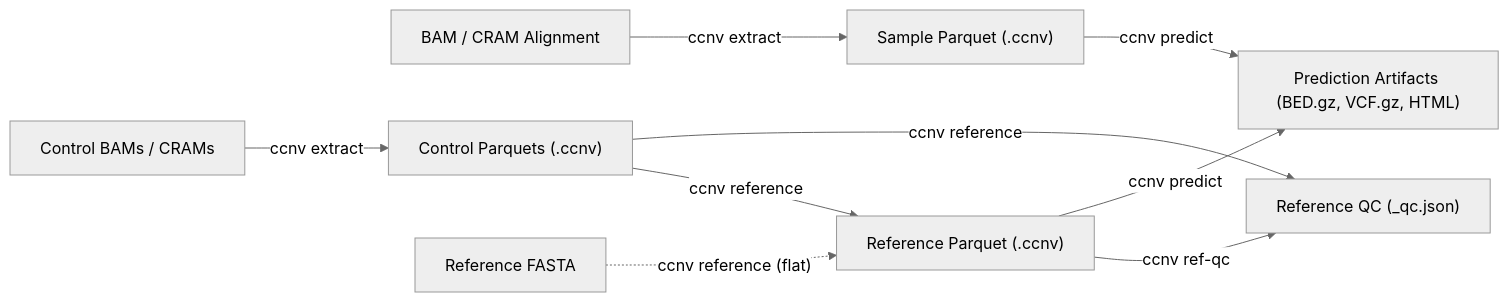
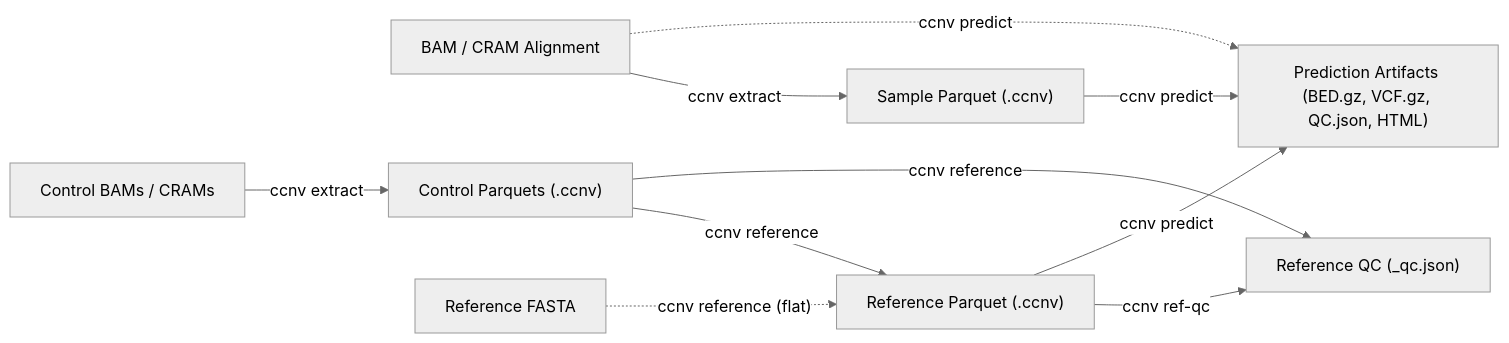
Before and after one commit to matthdsm/ccnv: the first of 4 diagrams in docs/pipeline.md, drawn with Mermaid (neutral theme). The commit also changed other lines of this file and 67 other files, not shown here.

````diff
--- a/docs/pipeline.md
+++ b/docs/pipeline.md
@@ -5,11 +5,12 @@
 ```mermaid
 flowchart LR
     A["BAM / CRAM Alignment"] -->|ccnv extract| B["Sample Parquet (<sample>.ccnv)"]
+    A -.->|ccnv predict| G["Prediction Artifacts (BED.gz, VCF.gz, QC.json, HTML)"]
     C["Control BAMs / CRAMs"] -->|ccnv extract| D["Control Parquets (<ctrl>.ccnv)"]
     D -->|ccnv reference| E["Reference Parquet (<reference>.ccnv)"]
     D -->|ccnv reference| H["Reference QC (<reference>_qc.json)"]
     F["Reference FASTA"] -.->|"ccnv reference (flat)"| E
     E -->|ccnv ref-qc| H
-    B -->|ccnv predict| G["Prediction Artifacts (BED.gz, VCF.gz, HTML)"]
+    B -->|ccnv predict| G
     E -->|ccnv predict| G
 ```
````
